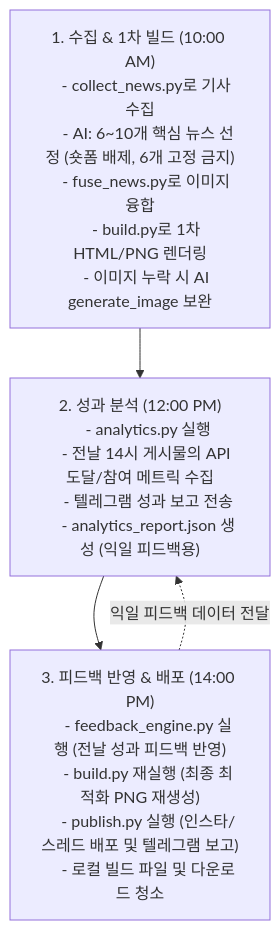
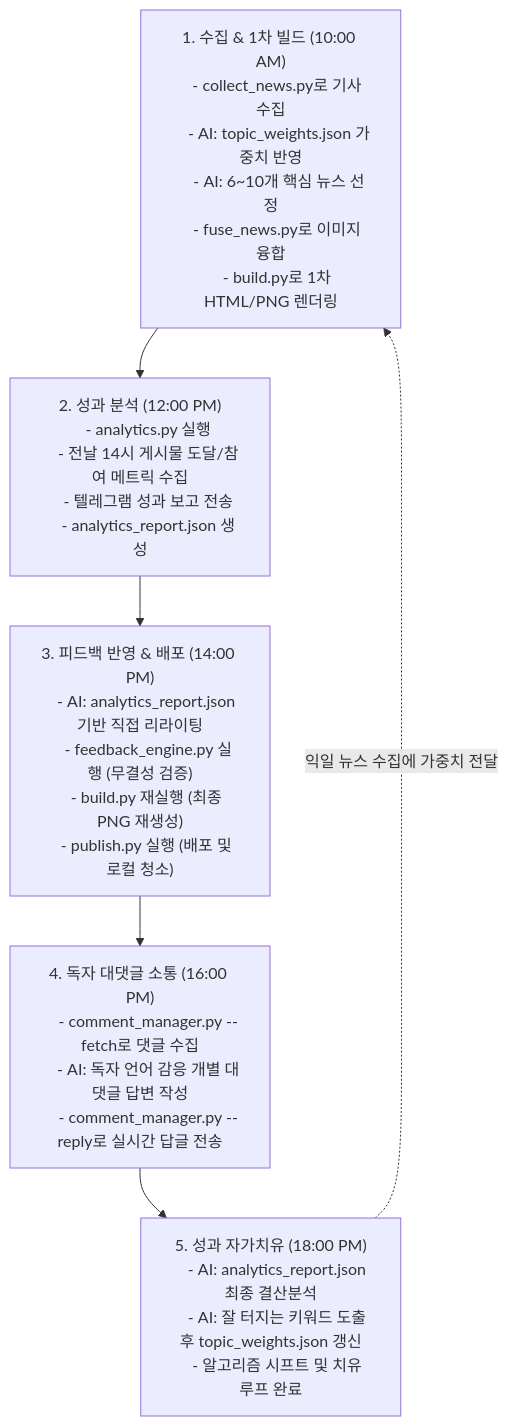
The diagram in README.md (SeongJeGeun/SecretIns), drawn with Mermaid before and after one commit. The commit also changed other lines of this file and 3 other files, not shown here.

Commit message:
feat: Implement performance self-healing pipeline (18:00 task & topic weights)

````diff
--- a/README.md
+++ b/README.md
@@ -96,25 +107,37 @@
 ```mermaid
 graph TD
     A["1. 수집 & 1차 빌드 (10:00 AM)
     - collect_news.py로 기사 수집
-    - AI: 6~10개 핵심 뉴스 선정 (숏폼 배제, 6개 고정 금지)
+    - AI: topic_weights.json 가중치 반영
+    - AI: 6~10개 핵심 뉴스 선정
     - fuse_news.py로 이미지 융합
-    - build.py로 1차 HTML/PNG 렌더링
-    - 이미지 누락 시 AI generate_image 보완"]
+    - build.py로 1차 HTML/PNG 렌더링"]
     
     B["2. 성과 분석 (12:00 PM)
     - analytics.py 실행
-    - 전날 14시 게시물의 API 도달/참여 메트릭 수집
+    - 전날 14시 게시물 도달/참여 메트릭 수집
     - 텔레그램 성과 보고 전송
-    - analytics_report.json 생성 (익일 피드백용)"]
+    - analytics_report.json 생성"]
     
     C["3. 피드백 반영 & 배포 (14:00 PM)
-    - feedback_engine.py 실행 (전날 성과 피드백 반영)
-    - build.py 재실행 (최종 최적화 PNG 재생성)
-    - publish.py 실행 (인스타/스레드 배포 및 텔레그램 보고)
-    - 로컬 빌드 파일 및 다운로드 청소"]
+    - AI: analytics_report.json 기반 직접 리라이팅
+    - feedback_engine.py 실행 (무결성 검증)
+    - build.py 재실행 (최종 PNG 재생성)
+    - publish.py 실행 (배포 및 로컬 청소)"]
+    
+    D["4. 독자 대댓글 소통 (16:00 PM)
+    - comment_manager.py --fetch로 댓글 수집
+    - AI: 독자 언어 감응 개별 대댓글 답변 작성
+    - comment_manager.py --reply로 실시간 답글 전송"]
+
+    E["5. 성과 자가치유 (18:00 PM)
+    - AI: analytics_report.json 최종 결산분석
+    - AI: 잘 터지는 키워드 도출 후 topic_weights.json 갱신
+    - 알고리즘 시프트 및 치유 루프 완료"]
 
     A --> B
     B --> C
-    C -.->|"익일 피드백 데이터 전달"| B
+    C --> D
+    D --> E
+    E -.->|"익일 뉴스 수집에 가중치 전달"| A
 ```
````
